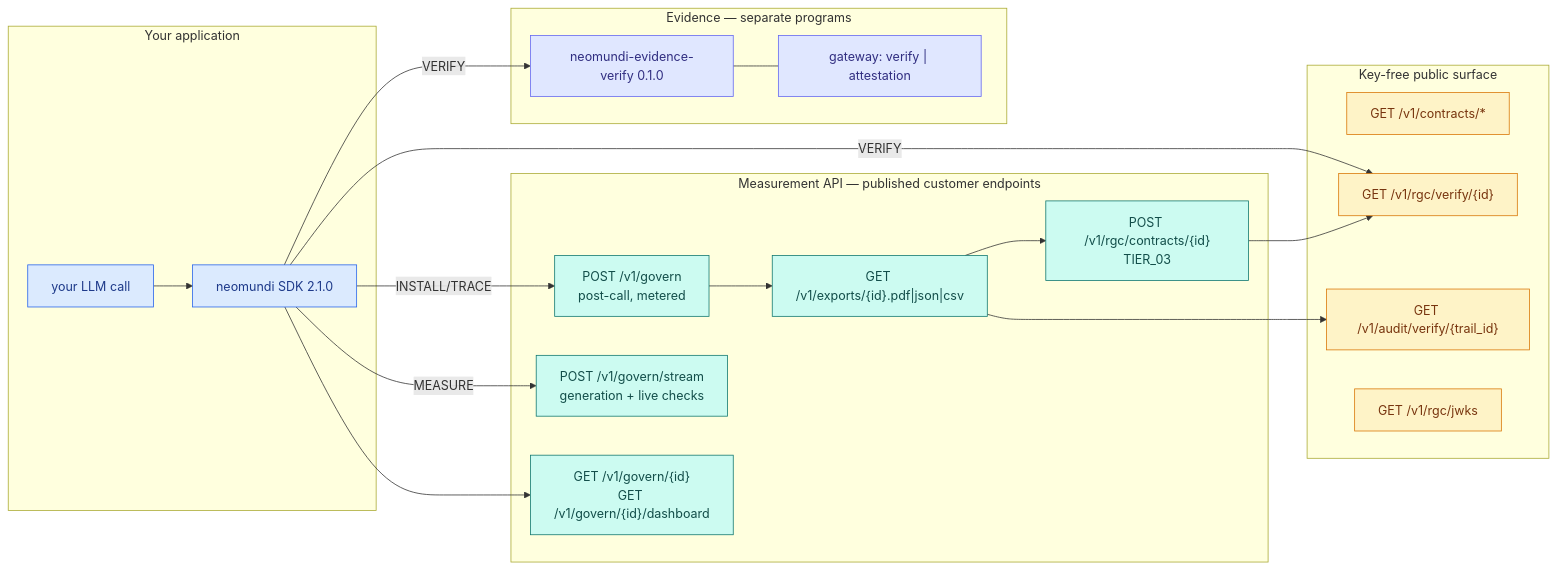
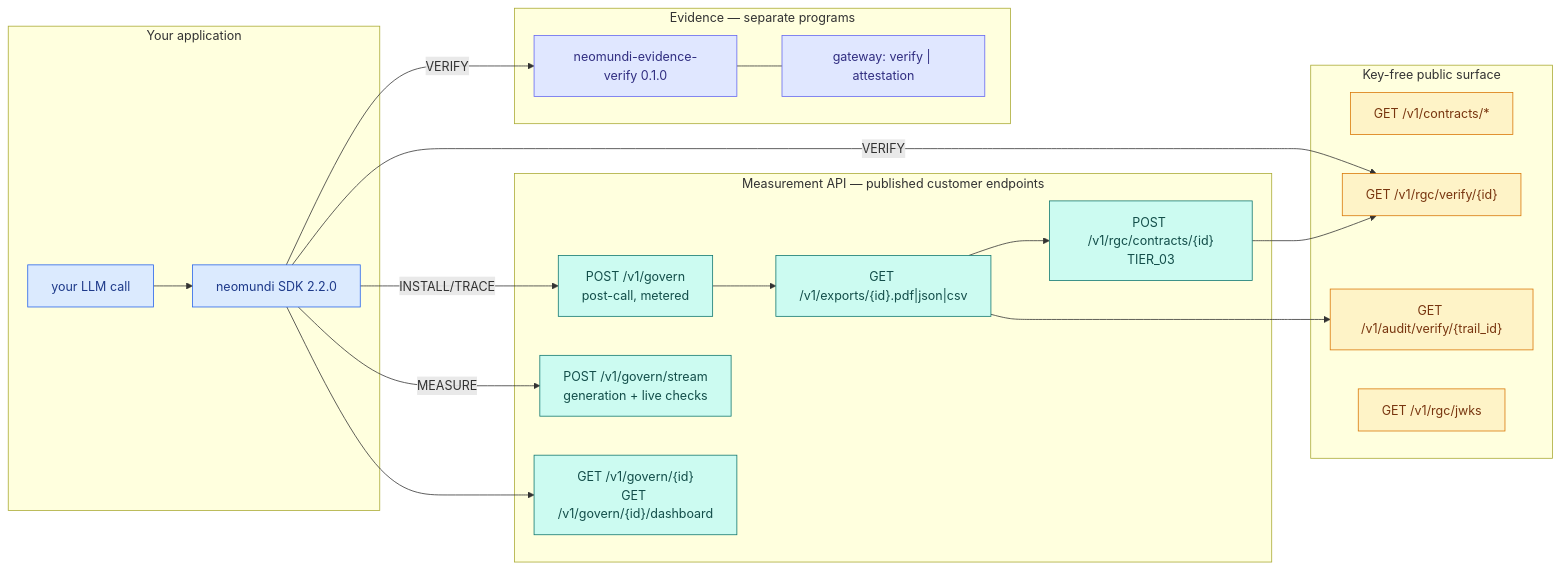
One commit to neomundi-io/.github changed the second of 4 diagrams in docs/PRODUCT_ARCHITECTURE.md. Above: the diagram before and after it, drawn with Mermaid. The commit also changed other lines of this file and 3 other files, not shown here.

````diff
--- a/docs/PRODUCT_ARCHITECTURE.md
+++ b/docs/PRODUCT_ARCHITECTURE.md
@@ -63,41 +63,41 @@
 ```mermaid
 flowchart LR
   subgraph APP["Your application"]
     A1["your LLM call"]
-    A2["neomundi SDK 2.1.0"]
+    A2["neomundi SDK 2.2.0"]
   end
   subgraph API["Measurement API — published customer endpoints"]
     R1["POST /v1/govern<br/>post-call, metered"]
     R2["POST /v1/govern/stream<br/>generation + live checks"]
     R3["GET /v1/govern/{id}<br/>GET /v1/govern/{id}/dashboard"]
     R4["GET /v1/exports/{id}.pdf|json|csv"]
     R5["POST /v1/rgc/contracts/{id}<br/>TIER_03"]
   end
   subgraph PUB["Key-free public surface"]
     P1["GET /v1/contracts/*"]
     P2["GET /v1/rgc/verify/{id}"]
     P3["GET /v1/audit/verify/{trail_id}"]
     P4["GET /v1/rgc/jwks"]
   end
   subgraph EV["Evidence — separate programs"]
     E1["gateway: verify | attestation"]
     E2["neomundi-evidence-verify 0.1.0"]
   end
   A1 --> A2 -->|INSTALL/TRACE| R1
   A2 -->|MEASURE| R2
   A2 --> R3
   R1 --> R4 --> R5
   R5 --> P2
   R4 --> P3
   A2 -->|VERIFY| P2
   A2 -->|VERIFY| E2
   E2 --- E1
   classDef app fill:#dbeafe,color:#1e3a8a,stroke:#2563eb
   classDef api fill:#ccfbf1,color:#134e4a,stroke:#0f766e
   classDef verify fill:#fef3c7,color:#78350f,stroke:#d97706
   classDef evidence fill:#e0e7ff,color:#312e81,stroke:#6366f1
   class A1,A2 app
   class R1,R2,R3,R4,R5 api
   class P1,P2,P3,P4 verify
   class E1,E2 evidence
 ```
````
